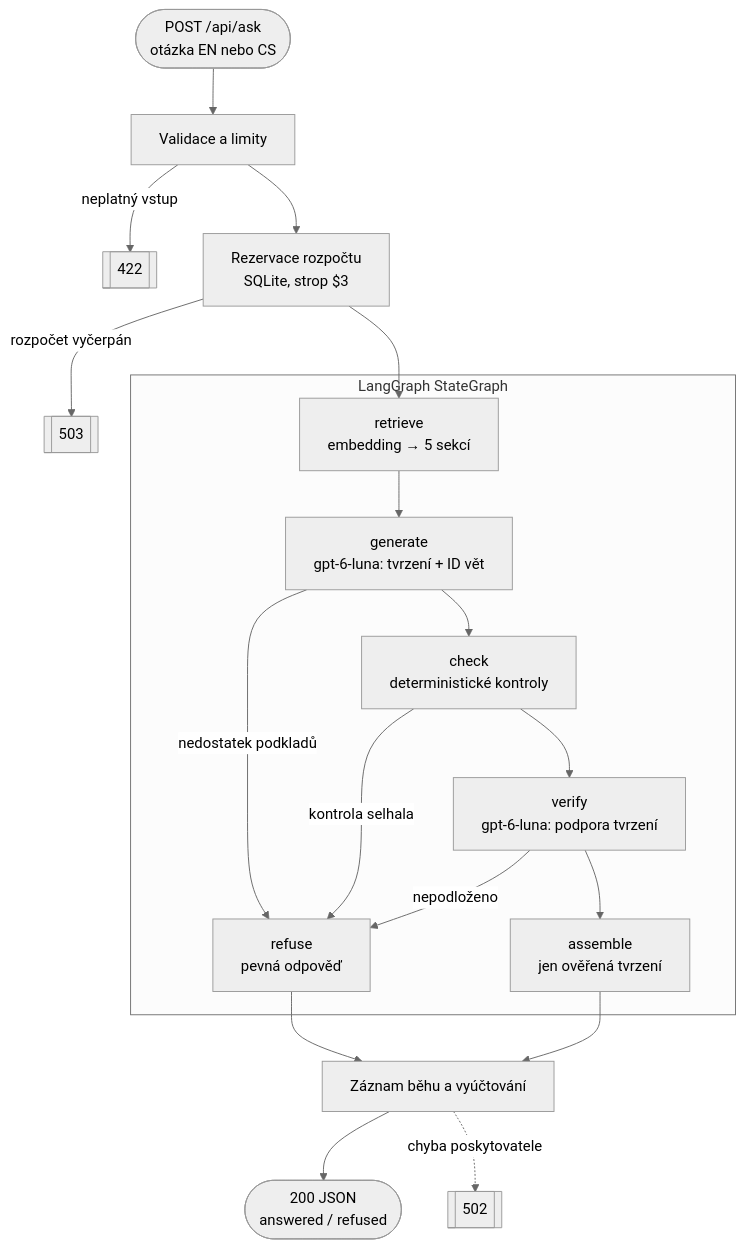
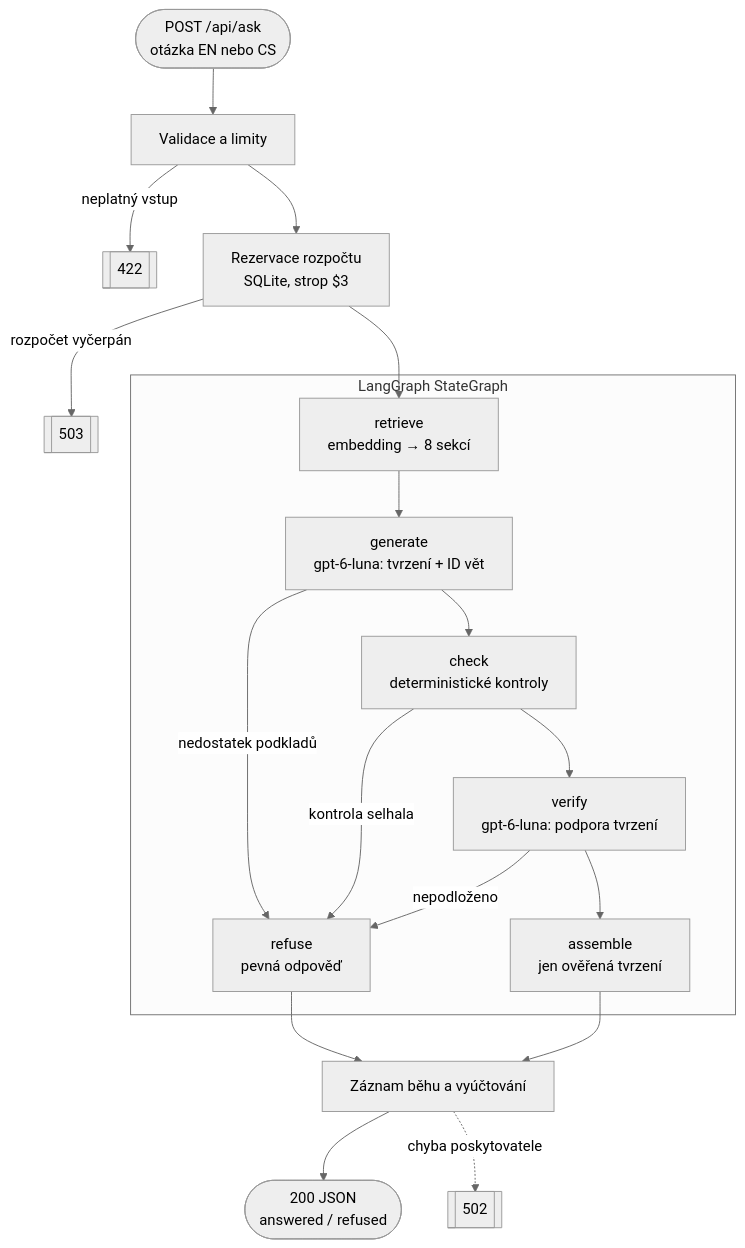
Before and after one commit to podstawkamartin/Citarilo: the first of 2 diagrams in docs/architecture.md, drawn with Mermaid (neutral theme). The commit also changed other lines of this file and 29 other files, not shown here.

````diff
--- a/docs/architecture.md
+++ b/docs/architecture.md
@@ -8,21 +8,21 @@
 ```mermaid
 flowchart TD
     Q(["POST /api/ask<br/>otázka EN nebo CS"]) --> V["Validace a limity"]
     V -->|neplatný vstup| E422[["422"]]
     V --> B["Rezervace rozpočtu<br/>SQLite, strop $3"]
     B -->|rozpočet vyčerpán| E503[["503"]]
     B --> R
     subgraph LG ["LangGraph StateGraph"]
-        R["retrieve<br/>embedding → 5 sekcí"] --> G["generate<br/>gpt-6-luna: tvrzení + ID vět"]
+        R["retrieve<br/>embedding → 8 sekcí"] --> G["generate<br/>gpt-6-luna: tvrzení + ID vět"]
         G -->|nedostatek podkladů| X["refuse<br/>pevná odpověď"]
         G --> C["check<br/>deterministické kontroly"]
         C -->|kontrola selhala| X
         C --> VR["verify<br/>gpt-6-luna: podpora tvrzení"]
         VR -->|nepodloženo| X
         VR --> A["assemble<br/>jen ověřená tvrzení"]
     end
     A --> REC["Záznam běhu a vyúčtování"]
     X --> REC
     REC --> OUT(["200 JSON<br/>answered / refused"])
     REC -.->|chyba poskytovatele| E502[["502"]]
 ```
````
